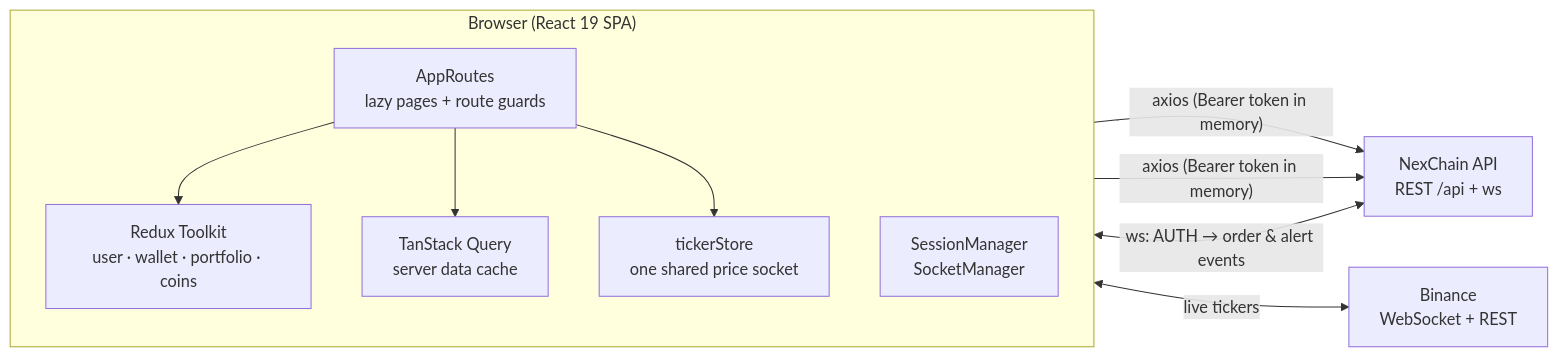
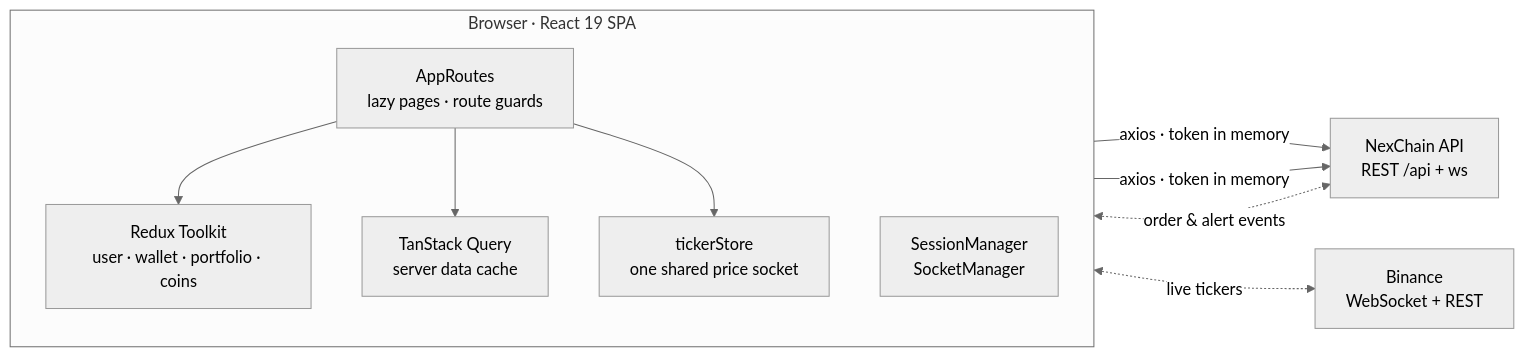
One commit to Arjunsathia/NexChain-FE changed the first of 2 diagrams in README.md. Above: the diagram before and after it, drawn with Mermaid. The commit also changed other lines of this file and 1 other file, not shown here.

````diff
--- a/README.md
+++ b/README.md
@@ -63,18 +99,19 @@
 ```mermaid
+%%{init: {'theme':'neutral'}}%%
 flowchart LR
-    subgraph Browser["Browser (React 19 SPA)"]
+    subgraph B["Browser · React 19 SPA"]
         direction TB
-        R["AppRoutes<br/>lazy pages + route guards"]
+        RT["AppRoutes<br/>lazy pages · route guards"]
         RX["Redux Toolkit<br/>user · wallet · portfolio · coins"]
         RQ["TanStack Query<br/>server data cache"]
         TS["tickerStore<br/>one shared price socket"]
         SM["SessionManager<br/>SocketManager"]
-        R --> RX & RQ & TS
+        RT --> RX & RQ & TS
     end
     API["NexChain API<br/>REST /api + ws"]
     BN["Binance<br/>WebSocket + REST"]
 
-    RX & RQ -- "axios (Bearer token in memory)" --> API
-    SM <-- "ws: AUTH → order & alert events" --> API
-    TS <-- "live tickers" --> BN
+    RX & RQ -- "axios · token in memory" --> API
+    SM <-. "order & alert events" .-> API
+    TS <-. "live tickers" .-> BN
 ```
````
